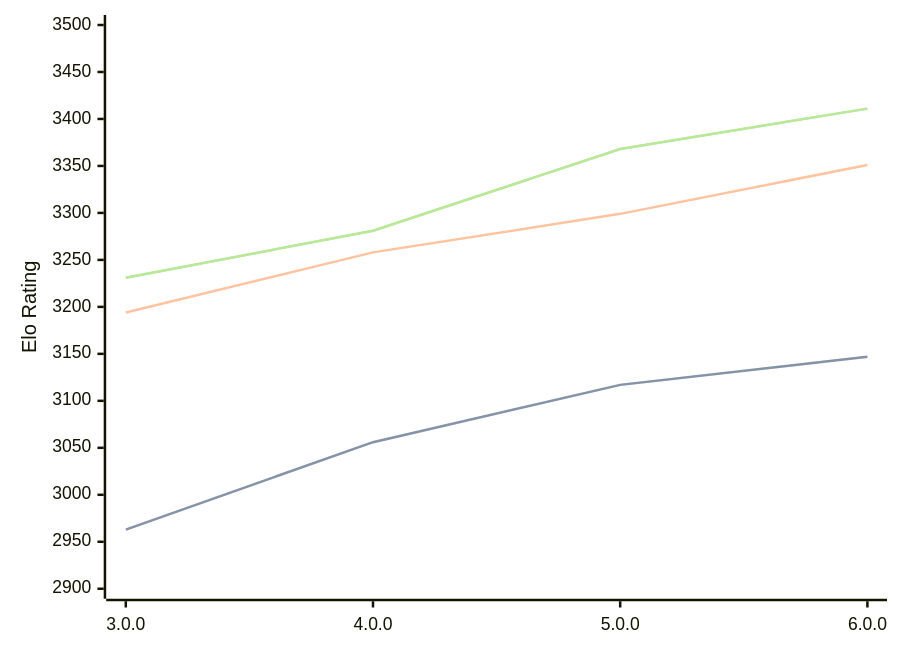
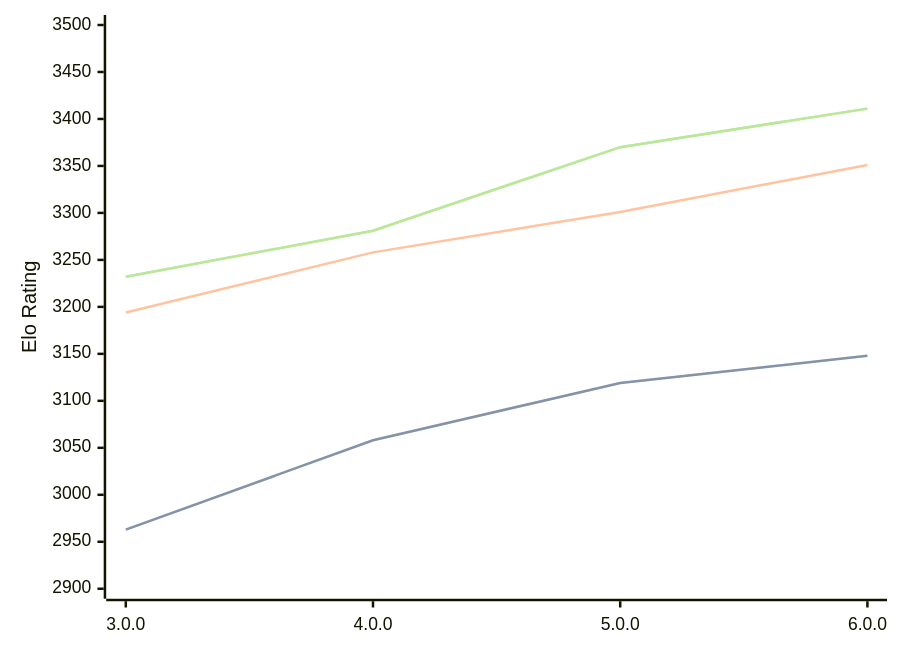
One commit to computer-chess-index/cci changed the first of 3 diagrams in engines/Minke.md. Above: the diagram before and after it, drawn with Mermaid. The commit also changed other lines of this file, not shown here.

Commit message:
Update CCI Ratings (ELO VLTC) - 2026-06-16

````diff
--- a/engines/Minke.md
+++ b/engines/Minke.md
@@ -36,11 +36,11 @@
 ```mermaid
 %%{init: {"theme":"base","themeVariables":{"seriesColors:['#a3a3a3','#222221','#faa371']}}}%%
 xychart-beta
   x-axis ["3.0.0", "4.0.0", "5.0.0", "6.0.0"]
   y-axis "Elo Rating" 2900 --> 3500
-  line "STC (8.0+0.08s)" [2963, 3056, 3117, 3147]
-  line "STC (8.0+0.08s)" [2963, 3056, 3117, 3147]
-  line "LTC (60.0+0.60s)" [3194, 3258, 3299, 3351]
-  line "VLTC (2m24s+1.12s)" [3231, 3281, 3368, 3411]
-  line "VLTC (2m24s+1.12s)" [3231, 3281, 3368, 3411]
+  line "STC (8.0+0.08s)" [2963, 3058, 3119, 3148]
+  line "STC (8.0+0.08s)" [2963, 3058, 3119, 3148]
+  line "LTC (60.0+0.60s)" [3194, 3258, 3301, 3351]
+  line "VLTC (2m24s+1.12s)" [3232, 3281, 3370, 3411]
+  line "VLTC (2m24s+1.12s)" [3232, 3281, 3370, 3411]
 ```
````
